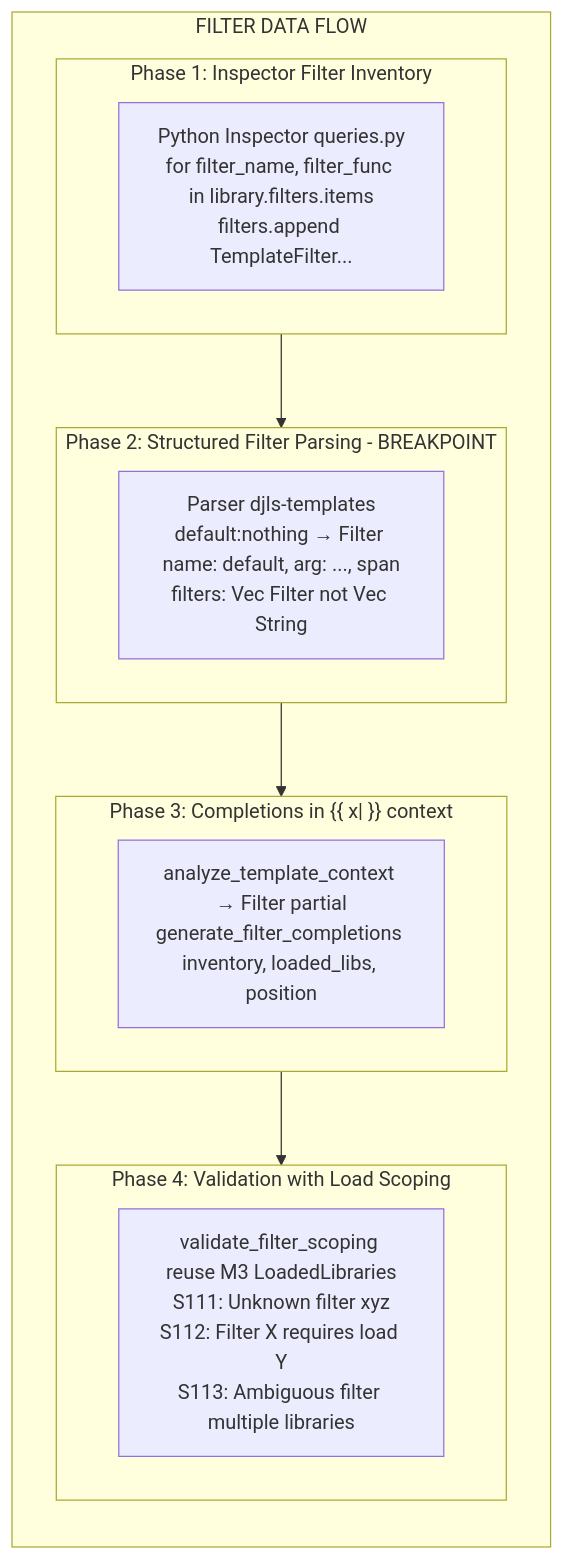
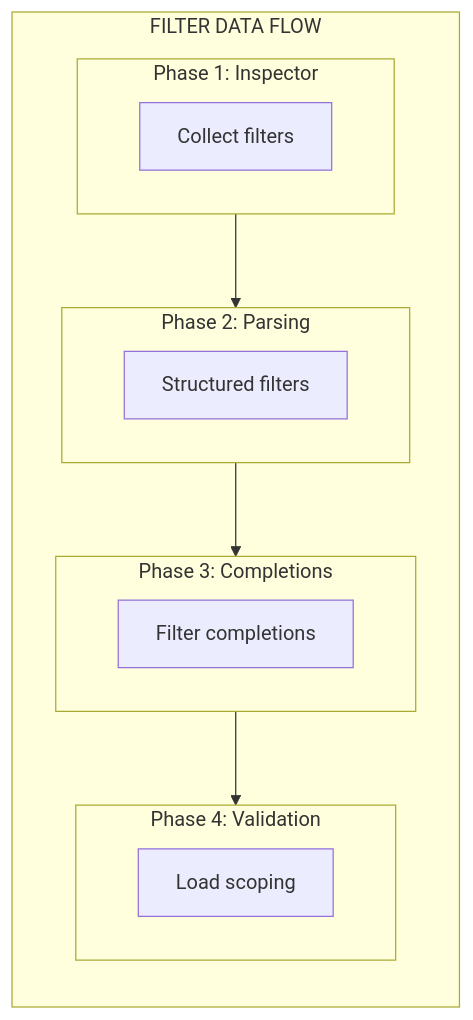
Before and after one commit to joshuadavidthomas/django-language-server: the diagram in .agents/plans/2026-02-05-m4-filters-pipeline.md, drawn with Mermaid. The commit also changed other lines of this file and 12 other files, not shown here.

Commit message:
change ASCII diagrams to Mermaid

````diff
--- a/.agents/plans/2026-02-05-m4-filters-pipeline.md
+++ b/.agents/plans/2026-02-05-m4-filters-pipeline.md
@@ -106,28 +106,28 @@
 ```mermaid
 flowchart TB
     subgraph FilterFlow["FILTER DATA FLOW"]
         direction TB
-
-        subgraph Phase1["Phase 1: Inspector Filter Inventory"]
-            PI["Python Inspector queries.py<br/>for filter_name, filter_func in library.filters.items<br/>filters.append TemplateFilter..."]
+        
+        subgraph Phase1["Phase 1: Inspector"]
+            PI["Collect filters"]
         end
-
+        
         Phase1 --> Phase2
-
-        subgraph Phase2["Phase 2: Structured Filter Parsing - BREAKPOINT"]
-            Parser["Parser djls-templates<br/>default:nothing → Filter name: default, arg: ..., span<br/>filters: Vec Filter not Vec String"]
+        
+        subgraph Phase2["Phase 2: Parsing"]
+            Parser["Structured filters"]
         end
-
+        
         Phase2 --> Phase3
-
-        subgraph Phase3["Phase 3: Completions in {{ x| }} context"]
-            Comp["analyze_template_context → Filter partial<br/>generate_filter_completions inventory, loaded_libs, position"]
+        
+        subgraph Phase3["Phase 3: Completions"]
+            Comp["Filter completions"]
         end
-
+        
         Phase3 --> Phase4
-
-        subgraph Phase4["Phase 4: Validation with Load Scoping"]
-            Val["validate_filter_scoping reuse M3 LoadedLibraries<br/>S111: Unknown filter xyz<br/>S112: Filter X requires load Y<br/>S113: Ambiguous filter multiple libraries"]
+        
+        subgraph Phase4["Phase 4: Validation"]
+            Val["Load scoping"]
         end
     end
 ```
````
